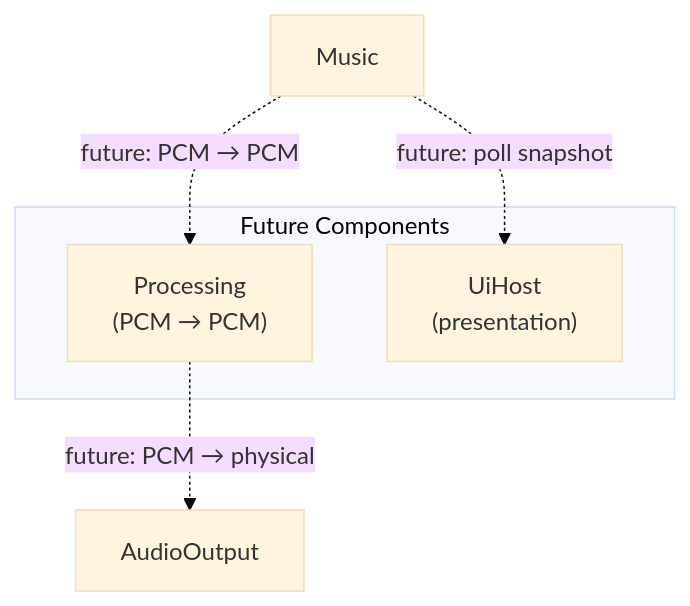
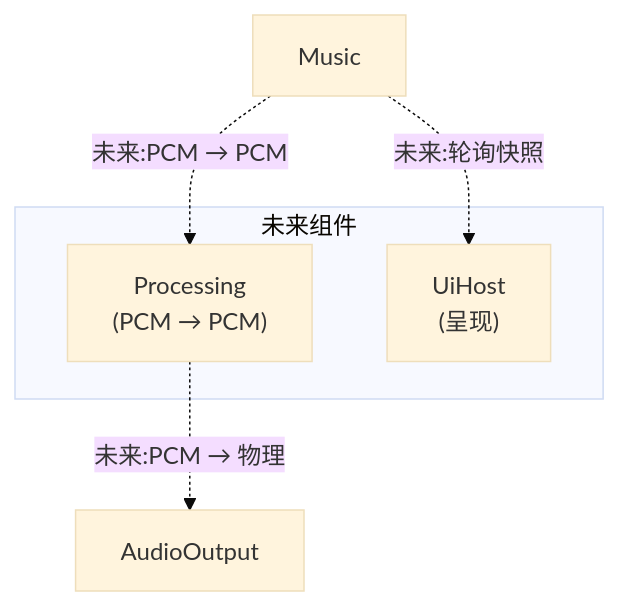
Before and after one commit to jnhu76/qianqian: the second of 2 diagrams in website/architecture/plugin-graph.md, drawn with Mermaid (base theme). The commit also changed other lines of this file and 22 other files, not shown here.

````diff
--- a/website/architecture/plugin-graph.md
+++ b/website/architecture/plugin-graph.md
@@ -36,11 +36,11 @@
 ```mermaid
 flowchart TB
-    subgraph Future["Future Components"]
+    subgraph Future["未来组件"]
         PROC["Processing<br/>(PCM → PCM)"]
-        UH["UiHost<br/>(presentation)"]
+        UH["UiHost<br/>(呈现)"]
     end
 
-    MUSIC2["Music"] -.->|"future: PCM → PCM"| PROC
-    PROC -.->|"future: PCM → physical"| AOUT2["AudioOutput"]
-    MUSIC2 -.->|"future: poll snapshot"| UH
+    MUSIC2["Music"] -.->|"未来:PCM → PCM"| PROC
+    PROC -.->|"未来:PCM → 物理"| AOUT2["AudioOutput"]
+    MUSIC2 -.->|"未来:轮询快照"| UH
 ```
````
